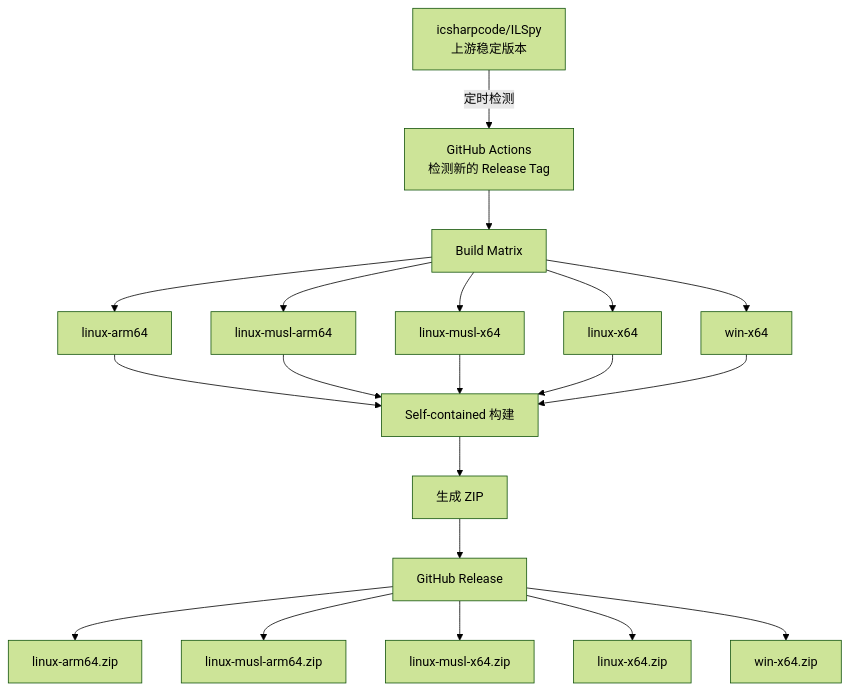
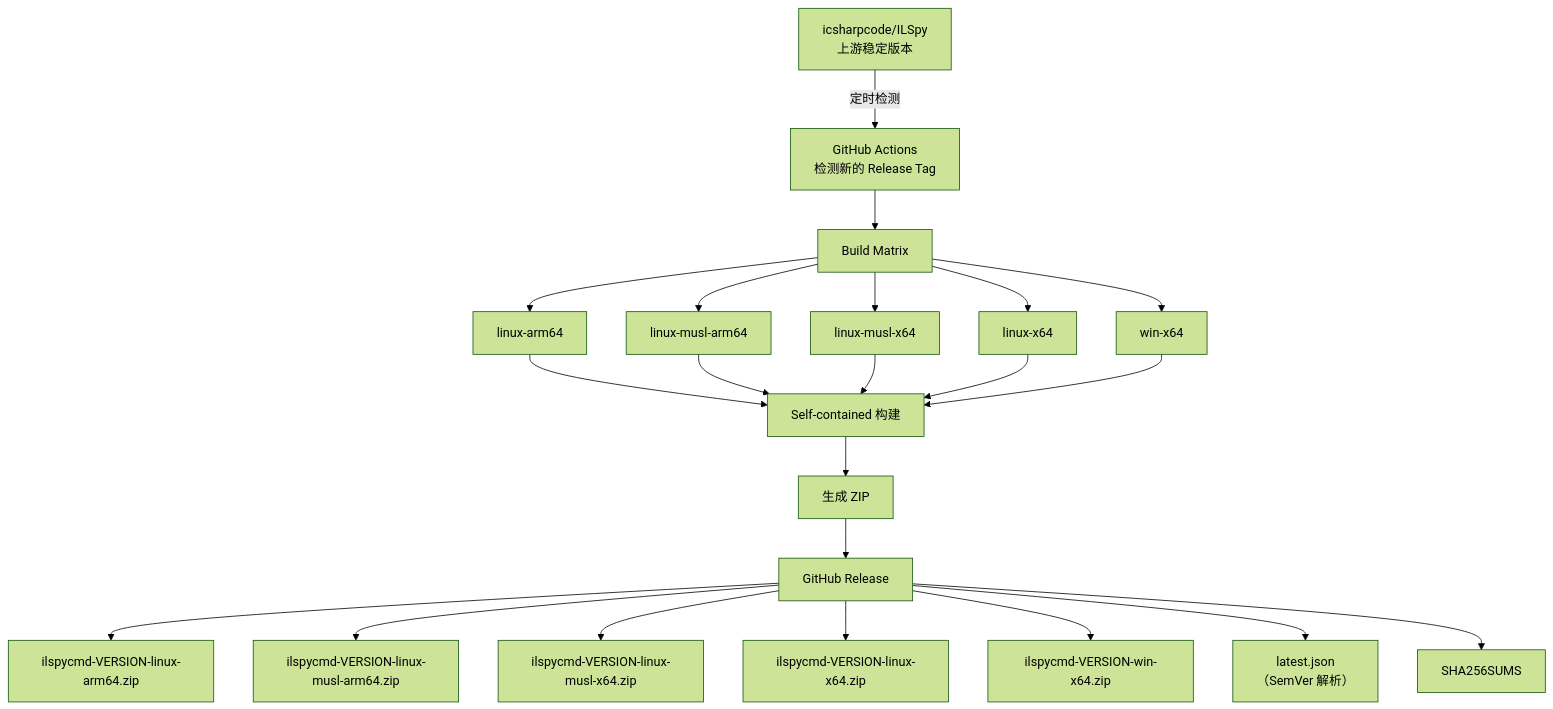
One commit to taozhiyu/ILSpy-Binaries changed the first of 2 diagrams in README.zh.md. Above: the diagram before and after it, drawn with Mermaid (forest theme). The commit also changed other lines of this file and 4 other files, not shown here.

First line of the commit message:
feat(latest.json): 引入 SemVer 解析的版本清单 + 内嵌 GPL 许可全文

````diff
--- a/README.zh.md
+++ b/README.zh.md
@@ -94,26 +154,28 @@
 ```mermaid
 flowchart TD
     A["icsharpcode/ILSpy<br/>上游稳定版本"] -->|定时检测| B["GitHub Actions<br/>检测新的 Release Tag"]
     B --> C["Build Matrix"]
 
     C --> D["linux-arm64"]
     C --> E["linux-musl-arm64"]
     C --> F["linux-musl-x64"]
     C --> G["linux-x64"]
     C --> H["win-x64"]
 
     D --> I["Self-contained 构建"]
     E --> I
     F --> I
     G --> I
     H --> I
 
     I --> J["生成 ZIP"]
     J --> K["GitHub Release"]
 
-    K --> L["linux-arm64.zip"]
-    K --> M["linux-musl-arm64.zip"]
-    K --> N["linux-musl-x64.zip"]
-    K --> O["linux-x64.zip"]
-    K --> P["win-x64.zip"]
+    K --> L["ilspycmd-VERSION-linux-arm64.zip"]
+    K --> M["ilspycmd-VERSION-linux-musl-arm64.zip"]
+    K --> N["ilspycmd-VERSION-linux-musl-x64.zip"]
+    K --> O["ilspycmd-VERSION-linux-x64.zip"]
+    K --> P["ilspycmd-VERSION-win-x64.zip"]
+    K --> Q["latest.json<br/>（SemVer 解析）"]
+    K --> R["SHA256SUMS"]
 ```
````
